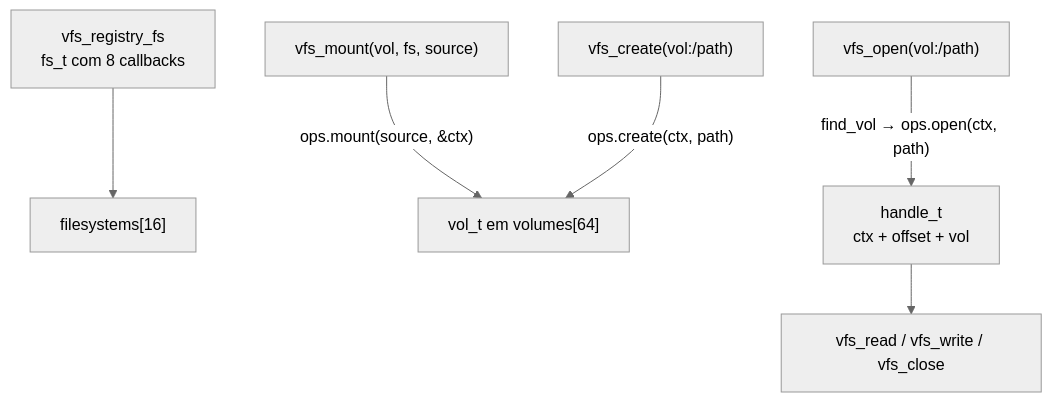
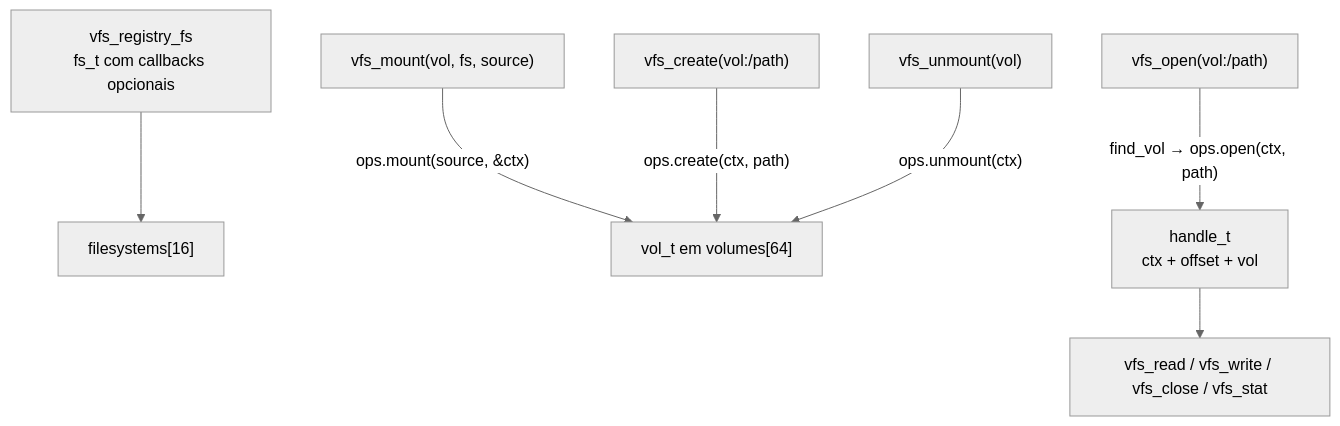
Before and after one commit to Lemiossa/Gummy: the diagram in docs/vfs.md, drawn with Mermaid (neutral theme). The commit also changed other lines of this file, not shown here.

Commit message:
docs: atualiza API, erros e justificativa das mudancas no VFS

````diff
--- a/docs/vfs.md
+++ b/docs/vfs.md
@@ -10,8 +10,9 @@
 ```mermaid
 flowchart TD
-    A["vfs_registry_fs<br/>fs_t com 8 callbacks"] --> B["filesystems[16]"]
+    A["vfs_registry_fs<br/>fs_t com callbacks opcionais"] --> B["filesystems[16]"]
     C["vfs_mount(vol, fs, source)"] -->|"ops.mount(source, &amp;ctx)"| D["vol_t em volumes[64]"]
     E["vfs_open(vol:/path)"] -->|"find_vol → ops.open(ctx, path)"| F["handle_t<br/>ctx + offset + vol"]
-    F --> G["vfs_read / vfs_write / vfs_close"]
+    F --> G["vfs_read / vfs_write / vfs_close / vfs_stat"]
     H["vfs_create(vol:/path)"] -->|"ops.create(ctx, path)"| D
+    I["vfs_unmount(vol)"] -->|"ops.unmount(ctx)"| D
 ```
````
